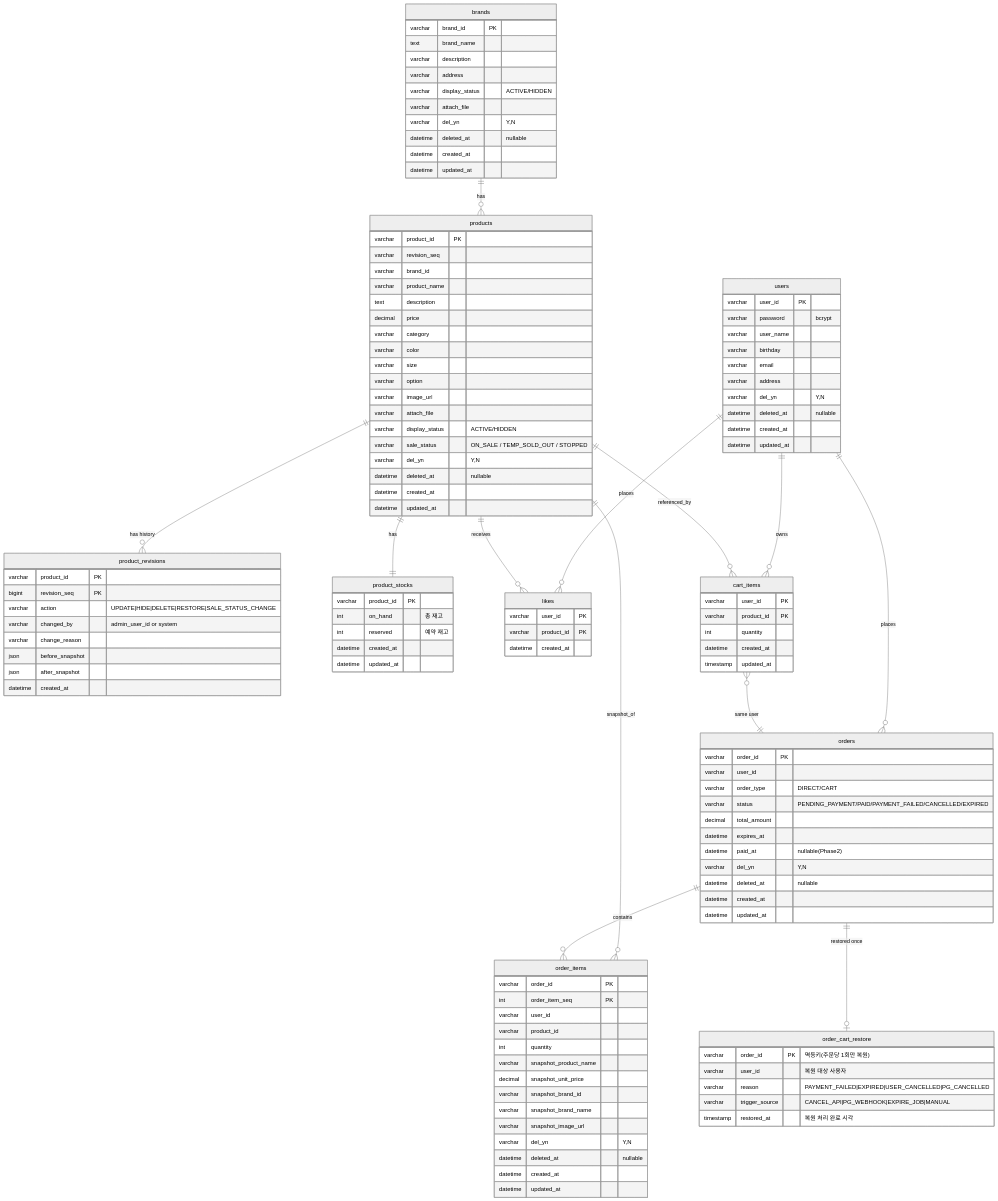
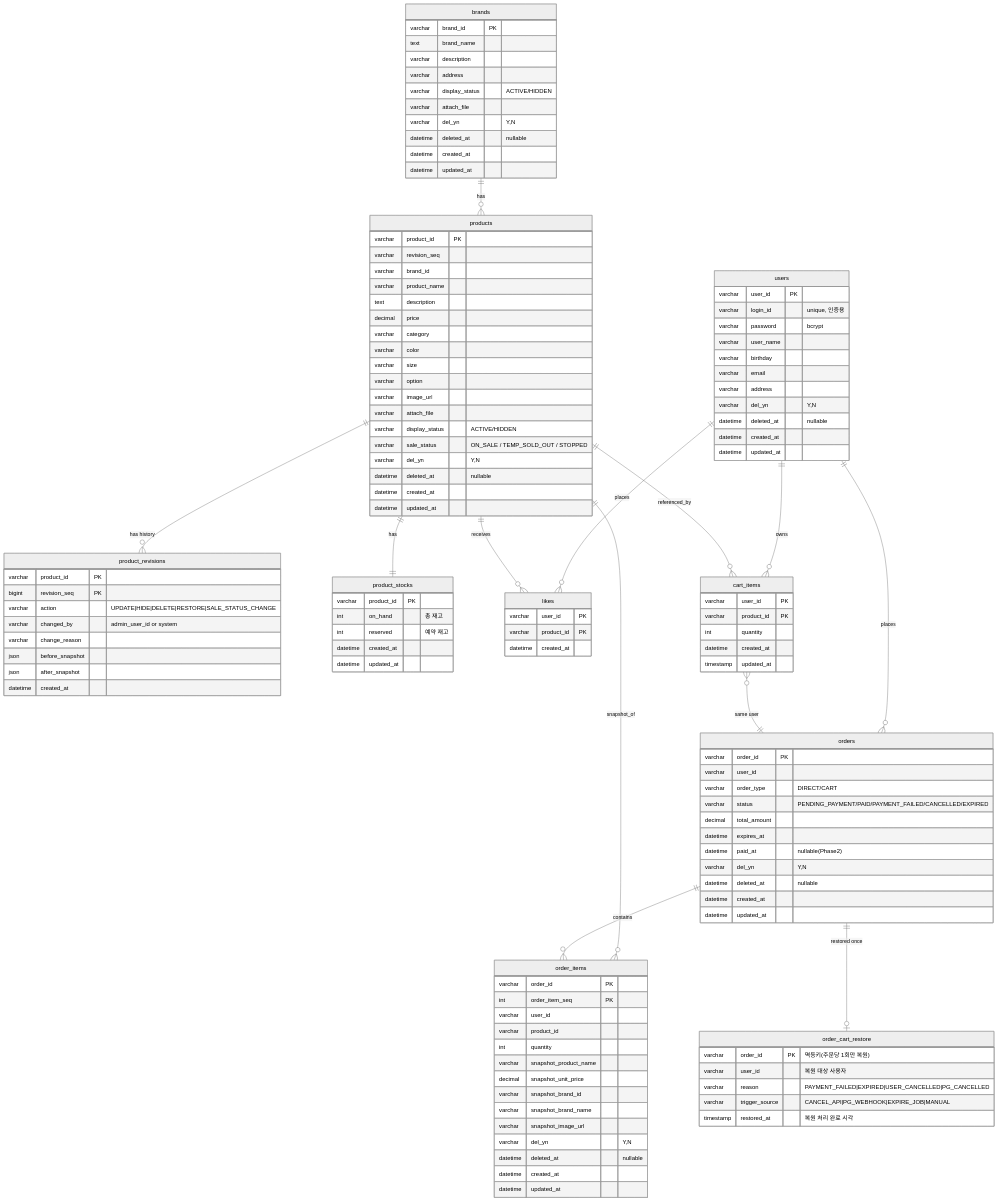
One commit to Loopers-dev-lab/loop-pack-be-l2-vol3-java changed the diagram in docs/design/04-erd.md. Above: the diagram before and after it, drawn with Mermaid (neutral theme). The commit also changed other lines of this file and 220 other files, not shown here.

````diff
--- a/docs/design/04-erd.md
+++ b/docs/design/04-erd.md
@@ -6,8 +20,9 @@
 ```mermaid
 
 erDiagram
-    users { 
+    users {
         varchar user_id PK
+        varchar login_id "unique, 인증용"
         varchar password "bcrypt"
         varchar user_name
         varchar birthday
````
